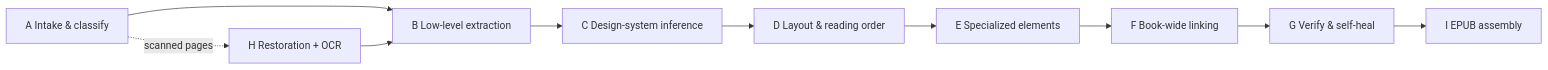
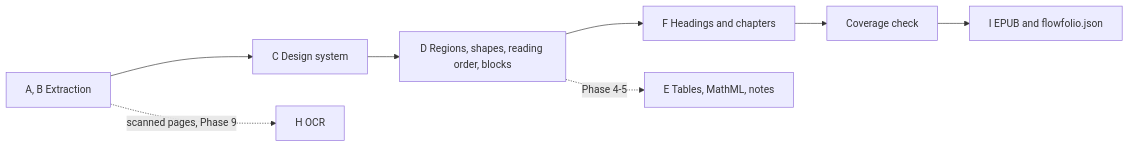
The second of 2 diagrams in docs/architecture.md (mgmourad/FlowFolio), drawn with Mermaid before and after one commit. The commit also changed other lines of this file and 187 other files, not shown here.

First line of the commit message:
feat(android): Phase 3, the converter on the phone and Dynamic Flow (0.3.0-alpha.1)

````diff
--- a/docs/architecture.md
+++ b/docs/architecture.md
@@ -37,11 +34,10 @@
 ```mermaid
 flowchart LR
-  A[A Intake & classify] --> B[B Low-level extraction]
-  B --> C[C Design-system inference]
-  C --> D[D Layout & reading order]
-  D --> E[E Specialized elements]
-  E --> F[F Book-wide linking]
-  F --> G[G Verify & self-heal]
-  G --> I[I EPUB assembly]
-  A -. scanned pages .-> H[H Restoration + OCR] --> B
+  A[A, B Extraction] --> C[C Design system]
+  C --> D[D Regions, shapes, reading order, blocks]
+  D --> F[F Headings and chapters]
+  F --> CHK[Coverage check]
+  CHK --> I[I EPUB and flowfolio.json]
+  A -. scanned pages, Phase 9 .-> H[H OCR]
+  D -. Phase 4-5 .-> E[E Tables, MathML, notes]
 ```
````
